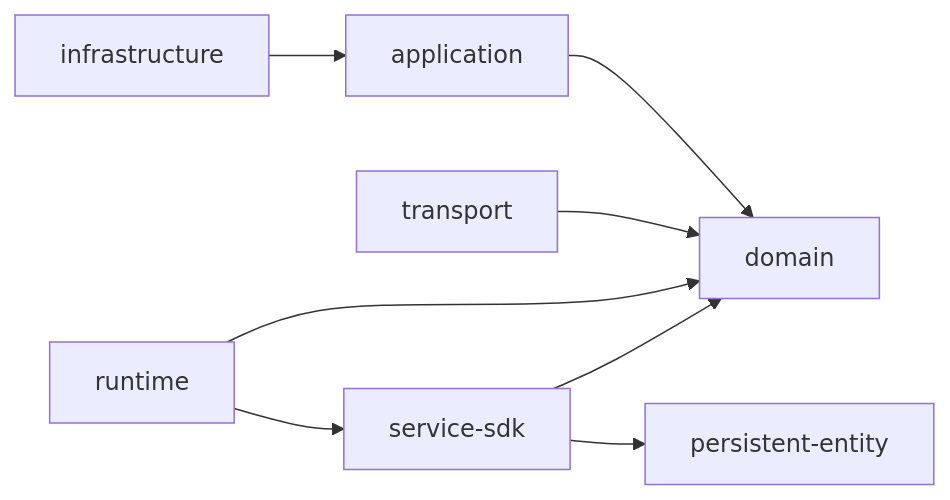
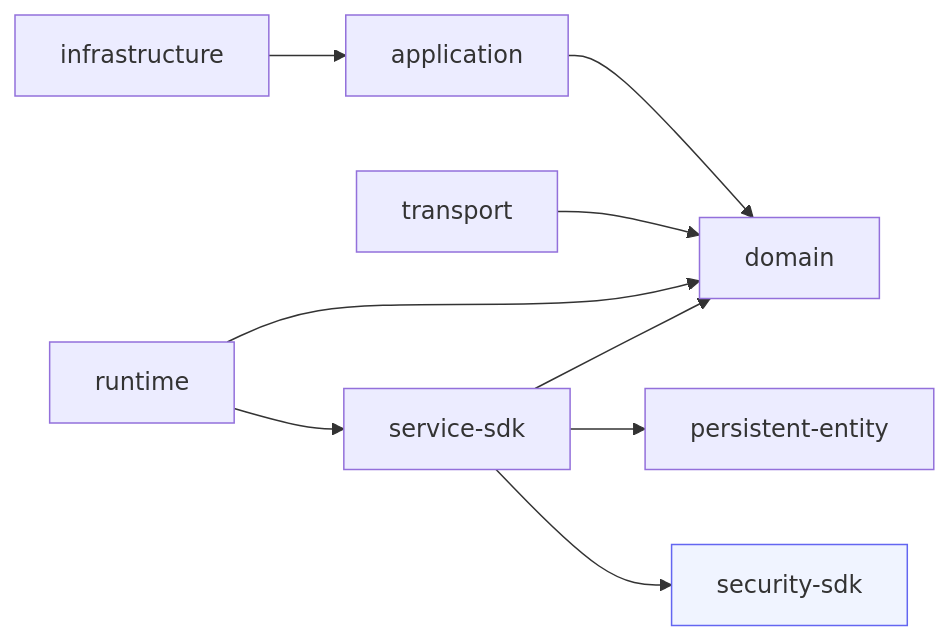
Before and after one commit to pablogore/ego-rs: the diagram in docs/architecture.md, drawn with Mermaid. The commit also changed other lines of this file and 20 other files, not shown here.

First line of the commit message:
chore(CORE-009): archive service-sdk spec, add security-sdk planning artifacts

````diff
--- a/docs/architecture.md
+++ b/docs/architecture.md
@@ -19,10 +19,14 @@
 ```mermaid
 flowchart LR
     infrastructure --> application
     application --> domain
     transport --> domain
     runtime --> domain
     service-sdk --> domain
     service-sdk --> persistent-entity
+    service-sdk --> security-sdk
     runtime --> service-sdk
+    security-sdk:::crosscutting
+
+    classDef crosscutting fill:#f0f4ff,stroke:#6366f1
 ```
````
